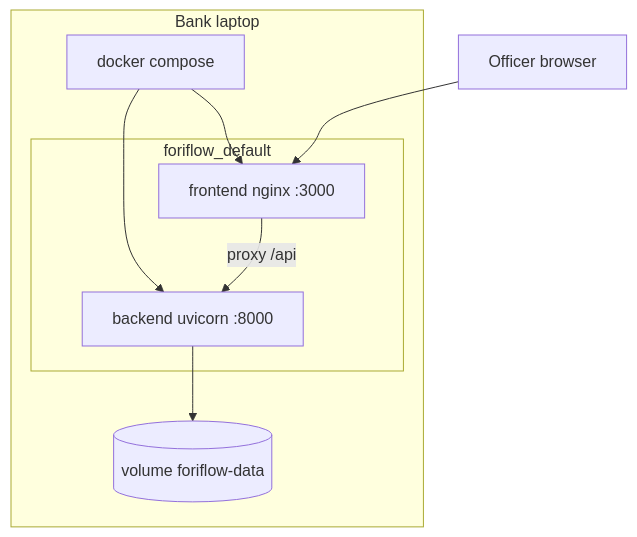
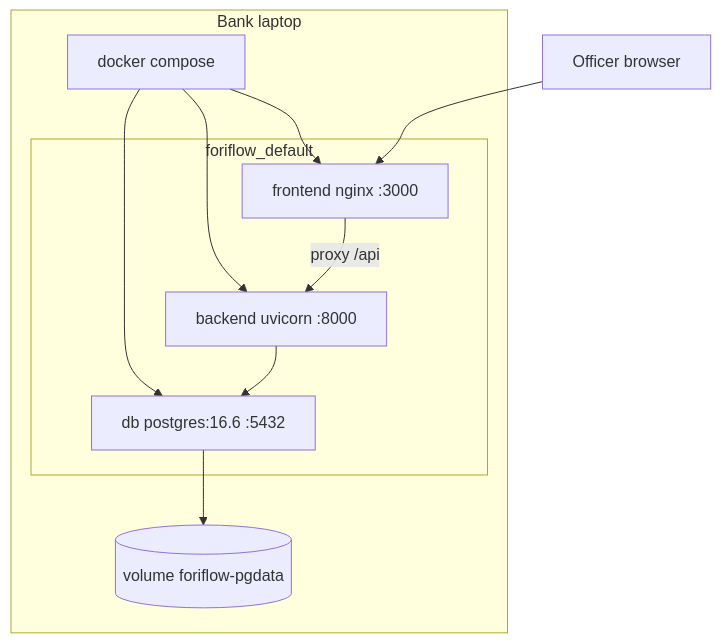
Before and after one commit to Idreesi8/ForiFlow: the fifth of 5 diagrams in docs/architecture.md, drawn with Mermaid. The commit also changed other lines of this file and 32 other files, not shown here.

````diff
--- a/docs/architecture.md
+++ b/docs/architecture.md
@@ -124,16 +130,19 @@
 ```mermaid
 flowchart TB
     subgraph host [Bank laptop]
         compose[docker compose]
         subgraph net [foriflow_default]
             fe[frontend nginx :3000]
             be[backend uvicorn :8000]
+            db[db postgres:16.6 :5432]
         end
-        vol[(volume foriflow-data)]
+        vol[(volume foriflow-pgdata)]
         compose --> fe
         compose --> be
-        be --> vol
+        compose --> db
         fe -->|proxy /api| be
+        be --> db
+        db --> vol
     end
     officer[Officer browser] --> fe
 ```
````
